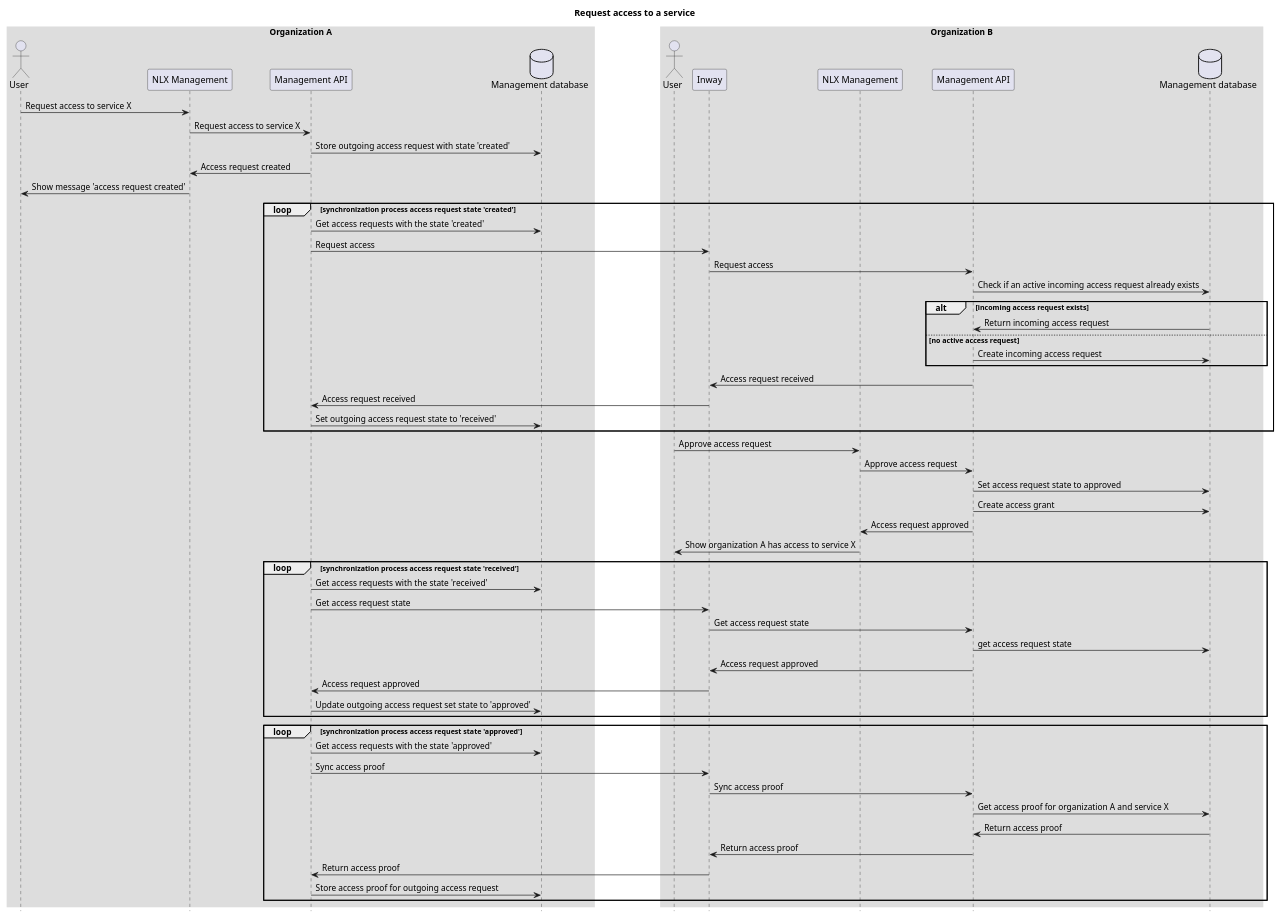
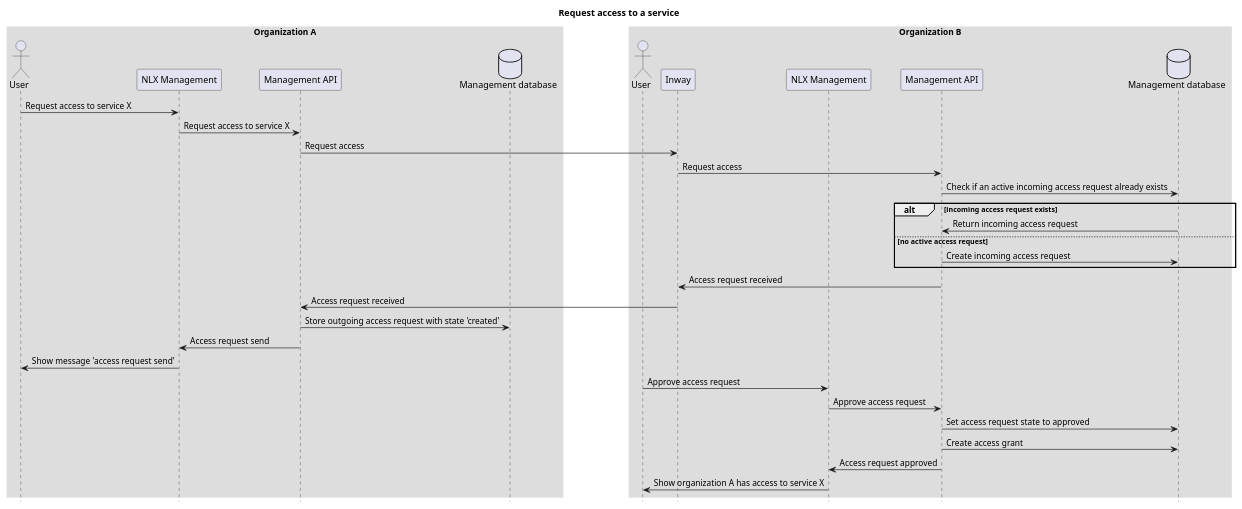
The diagram in technical-docs/sequence-diagrams/request-access.puml (VNG-Realisatie/nlx), drawn with PlantUML before and after one commit. The commit also changed 3 other files, not shown here.

First line of the commit message:
docs: update access request flow diagrams

```diff
--- a/technical-docs/sequence-diagrams/request-access.puml
+++ b/technical-docs/sequence-diagrams/request-access.puml
@@ -1,67 +1,45 @@
 @startuml
 title: Request access to a service
 
 skinparam sequenceBoxBorderColor #transparent
 skinparam boxPadding 50
 hide footbox
 
 box "Organization A"
 actor "User" as userOrgA
 participant "NLX Management" as managementUIOrgA
 participant "Management API" as managementAPIOrgA
 database "Management database" as managementDatabaseOrgA
 end box
 
 box "Organization B"
 actor "User" as userOrgB
 participant "Inway" as inwayOrgB
 participant "NLX Management" as managementUIOrgB
 participant "Management API" as managementAPIOrgB
 database "Management database" as managementDatabaseOrgB
 end box
 
 userOrgA -> managementUIOrgA: Request access to service X
 managementUIOrgA -> managementAPIOrgA: Request access to service X
-managementAPIOrgA -> managementDatabaseOrgA: Store outgoing access request with state 'created'
-managementAPIOrgA -> managementUIOrgA: Access request created
-managementUIOrgA -> userOrgA: Show message 'access request created'
-    loop synchronization process access request state 'created'
-        managementAPIOrgA -> managementDatabaseOrgA: Get access requests with the state 'created'
-        managementAPIOrgA -> inwayOrgB: Request access
+managementAPIOrgA -> inwayOrgB: Request access
         inwayOrgB -> managementAPIOrgB: Request access
         managementAPIOrgB -> managementDatabaseOrgB: Check if an active incoming access request already exists
-        alt incoming access request exists 
+        alt incoming access request exists
         managementDatabaseOrgB -> managementAPIOrgB: Return incoming access request
         else no active access request
         managementAPIOrgB -> managementDatabaseOrgB: Create incoming access request
         end
         managementAPIOrgB -> inwayOrgB: Access request received
         inwayOrgB -> managementAPIOrgA: Access request received
-        managementAPIOrgA -> managementDatabaseOrgA: Set outgoing access request state to 'received'
-    end
+managementAPIOrgA -> managementDatabaseOrgA: Store outgoing access request with state 'created'
+managementAPIOrgA -> managementUIOrgA: Access request send
+managementUIOrgA -> userOrgA: Show message 'access request send'
+
 userOrgB -> managementUIOrgB: Approve access request
 managementUIOrgB -> managementAPIOrgB: Approve access request
 managementAPIOrgB -> managementDatabaseOrgB: Set access request state to approved
 managementAPIOrgB -> managementDatabaseOrgB: Create access grant
 managementAPIOrgB -> managementUIOrgB: Access request approved
 managementUIOrgB -> userOrgB: Show organization A has access to service X
-    loop synchronization process access request state 'received'
-        managementAPIOrgA -> managementDatabaseOrgA: Get access requests with the state 'received'
-        managementAPIOrgA -> inwayOrgB: Get access request state
-        inwayOrgB -> managementAPIOrgB: Get access request state
-        managementAPIOrgB -> managementDatabaseOrgB: get access request state
-        managementAPIOrgB -> inwayOrgB: Access request approved
-        inwayOrgB -> managementAPIOrgA: Access request approved
-        managementAPIOrgA -> managementDatabaseOrgA: Update outgoing access request set state to 'approved'
-    end
-    loop synchronization process access request state 'approved'
-        managementAPIOrgA -> managementDatabaseOrgA: Get access requests with the state 'approved'
-        managementAPIOrgA -> inwayOrgB: Sync access proof
-        inwayOrgB -> managementAPIOrgB: Sync access proof
-        managementAPIOrgB -> managementDatabaseOrgB: Get access proof for organization A and service X
-        managementDatabaseOrgB -> managementAPIOrgB: Return access proof
-        managementAPIOrgB -> inwayOrgB: Return access proof
-        inwayOrgB -> managementAPIOrgA: Return access proof
-        managementAPIOrgA -> managementDatabaseOrgA: Store access proof for outgoing access request
-    end 
 @enduml
```
